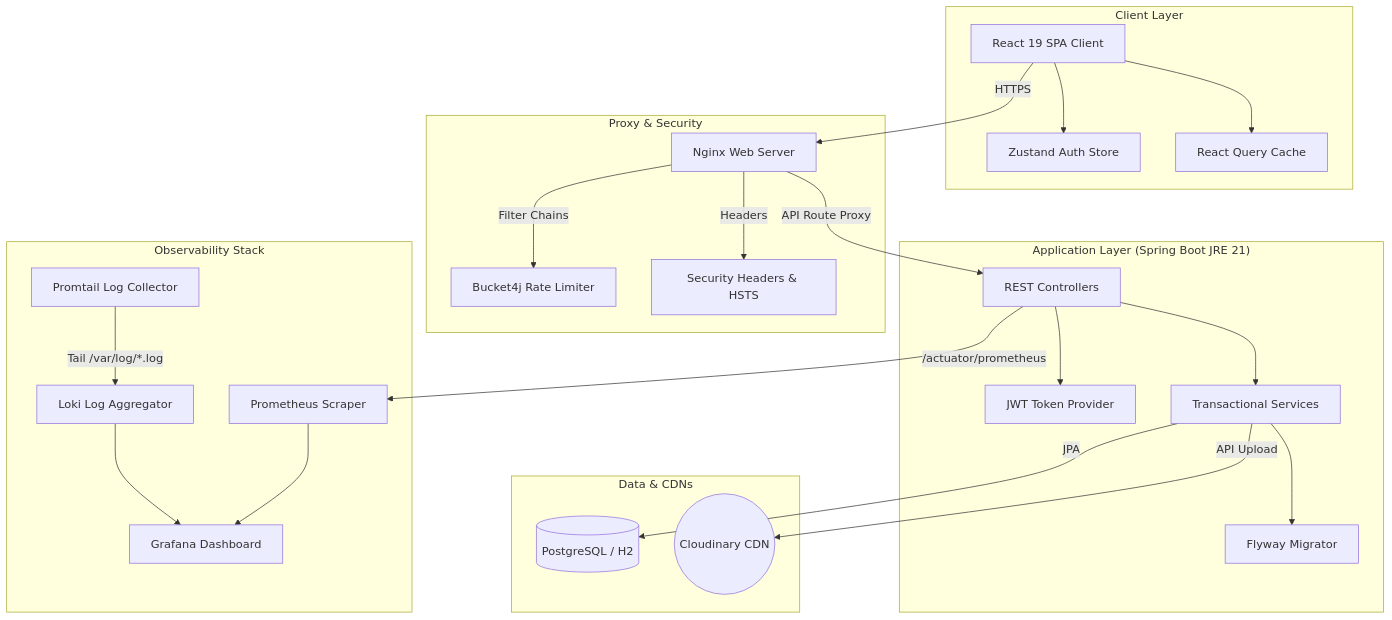
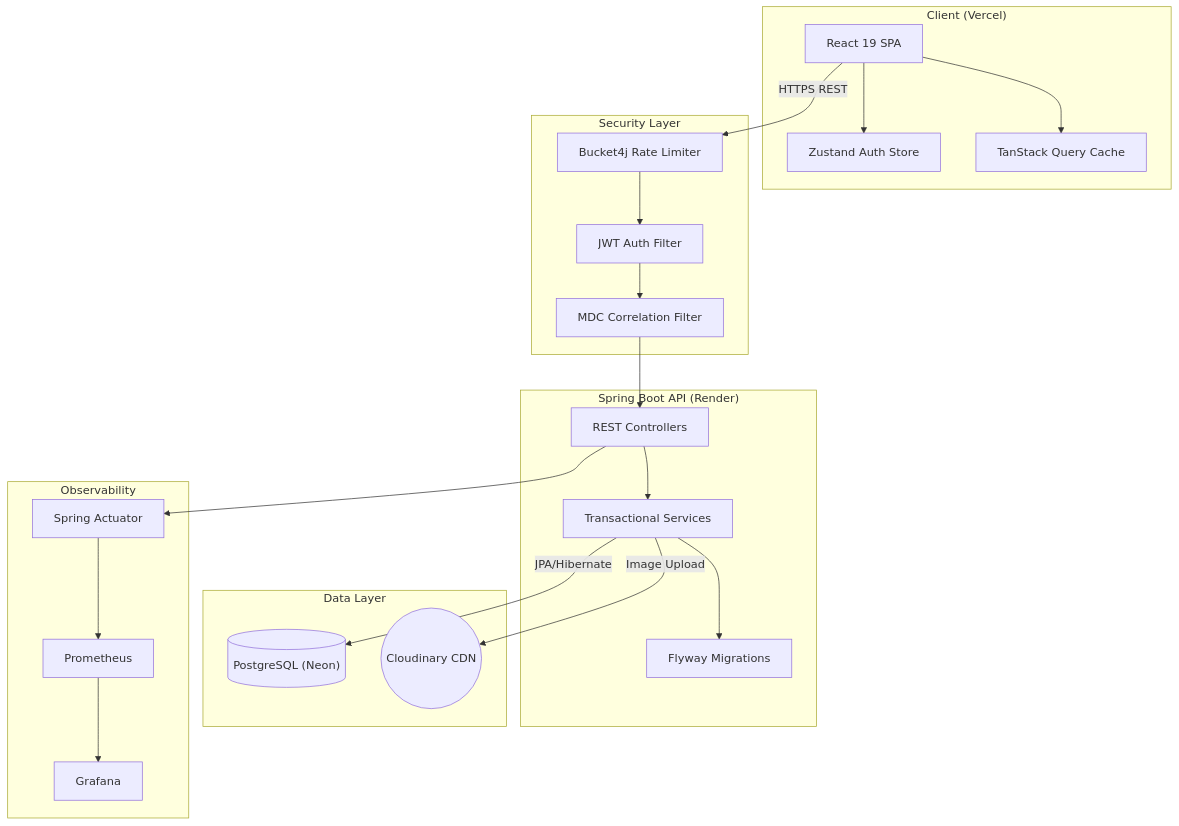
The diagram in README.md (aayushsaw/Animal_Welfare_and_Wellness), drawn with Mermaid before and after one commit. The commit also changed other lines of this file, not shown here.

````diff
--- a/README.md
+++ b/README.md
@@ -31,53 +101,44 @@
 ```mermaid
 graph TD
-    %% Client & Routing
-    subgraph Client ["Client Layer"]
-        UI[React 19 SPA Client]
-        Zustand[Zustand Auth Store]
-        Query[React Query Cache]
-        UI --> Zustand
-        UI --> Query
+    subgraph Client["Client (Vercel)"]
+        FE["React 19 SPA"]
+        ZS["Zustand Auth Store"]
+        RQ["TanStack Query Cache"]
+        FE --> ZS
+        FE --> RQ
     end
 
-    %% Web & Reverse Proxy
-    subgraph Proxy ["Proxy & Security"]
-        Nginx[Nginx Web Server]
-        Limiter[Bucket4j Rate Limiter]
-        HSTS[Security Headers & HSTS]
-        UI -->|HTTPS| Nginx
-        Nginx -->|Filter Chains| Limiter
-        Nginx -->|Headers| HSTS
+    subgraph Security["Security Layer"]
+        RL["Bucket4j Rate Limiter"]
+        JWT["JWT Auth Filter"]
+        MDC["MDC Correlation Filter"]
     end
 
-    %% Backend Services
-    subgraph API ["Application Layer (Spring Boot JRE 21)"]
-        Controller[REST Controllers]
-        Auth[JWT Token Provider]
-        Service[Transactional Services]
-        Flyway[Flyway Migrator]
-        Nginx -->|API Route Proxy| Controller
-        Controller --> Service
-        Controller --> Auth
-        Service --> Flyway
+    subgraph API["Spring Boot API (Render)"]
+        CTL["REST Controllers"]
+        SVC["Transactional Services"]
+        FLY["Flyway Migrations"]
+        CTL --> SVC
+        SVC --> FLY
     end
 
-    %% Data & CDNs
-    subgraph Data ["Data & CDNs"]
-        DB[(PostgreSQL / H2)]
-        Cloudinary((Cloudinary CDN))
-        Service -->|JPA| DB
-        Service -->|API Upload| Cloudinary
+    subgraph Data["Data Layer"]
+        PG[("PostgreSQL (Neon)")]
+        CDN(("Cloudinary CDN"))
+        SVC -->|JPA/Hibernate| PG
+        SVC -->|Image Upload| CDN
     end
 
-    %% Monitoring Stack
-    subgraph Obs ["Observability Stack"]
-        Prometheus[Prometheus Scraper]
-        Loki[Loki Log Aggregator]
-        Promtail[Promtail Log Collector]
-        Grafana[Grafana Dashboard]
-        Controller -->|/actuator/prometheus| Prometheus
-        Promtail -->|Tail /var/log/*.log| Loki
-        Prometheus --> Grafana
-        Loki --> Grafana
+    subgraph Obs["Observability"]
+        ACT["Spring Actuator"]
+        PROM["Prometheus"]
+        GRAF["Grafana"]
+        ACT --> PROM --> GRAF
     end
+
+    FE -->|HTTPS REST| RL
+    RL --> JWT
+    JWT --> MDC
+    MDC --> CTL
+    CTL --> ACT
 ```
````
